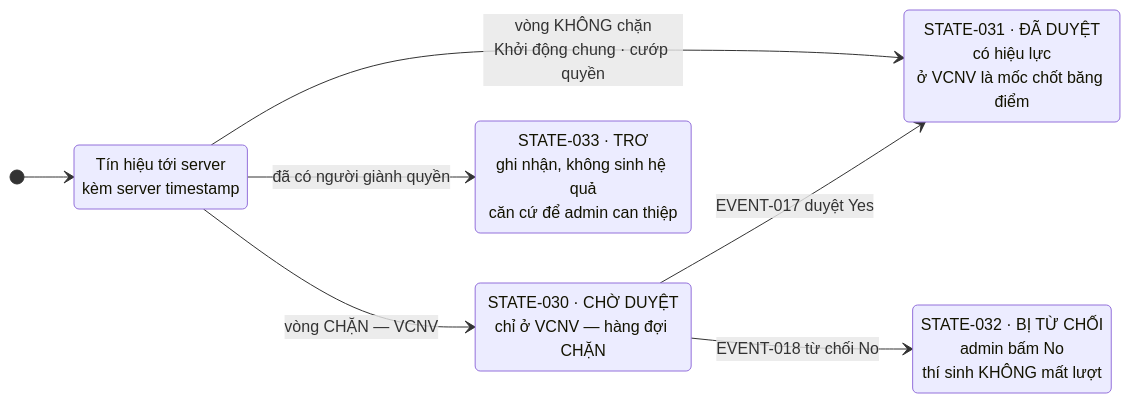
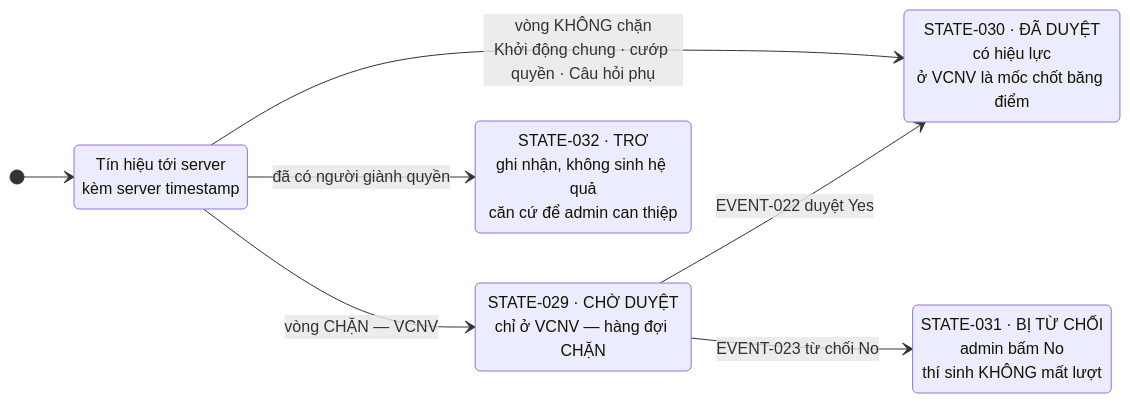
The sixth of 8 diagrams in docs/game-state-machine.md (Noboroto/KnowledgeDome), drawn with Mermaid before and after one commit. The commit also changed other lines of this file and 8 other files, not shown here.

````diff
--- a/docs/game-state-machine.md
+++ b/docs/game-state-machine.md
@@ -194,16 +198,16 @@
 ```mermaid
 stateDiagram-v2
   direction LR
   NHAN: Tín hiệu tới server<br/>kèm server timestamp
-  S030: STATE-030 · CHỜ DUYỆT<br/>chỉ ở VCNV — hàng đợi CHẶN
-  S031: STATE-031 · ĐÃ DUYỆT<br/>có hiệu lực<br/>ở VCNV là mốc chốt băng điểm
-  S032: STATE-032 · BỊ TỪ CHỐI<br/>admin bấm No<br/>thí sinh KHÔNG mất lượt
-  S033: STATE-033 · TRƠ<br/>ghi nhận, không sinh hệ quả<br/>căn cứ để admin can thiệp
+  S030: STATE-029 · CHỜ DUYỆT<br/>chỉ ở VCNV — hàng đợi CHẶN
+  S031: STATE-030 · ĐÃ DUYỆT<br/>có hiệu lực<br/>ở VCNV là mốc chốt băng điểm
+  S032: STATE-031 · BỊ TỪ CHỐI<br/>admin bấm No<br/>thí sinh KHÔNG mất lượt
+  S033: STATE-032 · TRƠ<br/>ghi nhận, không sinh hệ quả<br/>căn cứ để admin can thiệp
 
   [*] --> NHAN
   NHAN --> S030: vòng CHẶN — VCNV
-  NHAN --> S031: vòng KHÔNG chặn<br/>Khởi động chung · cướp quyền
+  NHAN --> S031: vòng KHÔNG chặn<br/>Khởi động chung · cướp quyền · Câu hỏi phụ
   NHAN --> S033: đã có người giành quyền
-  S030 --> S031: EVENT-017 duyệt Yes
-  S030 --> S032: EVENT-018 từ chối No
+  S030 --> S031: EVENT-022 duyệt Yes
+  S030 --> S032: EVENT-023 từ chối No
 ```
````
